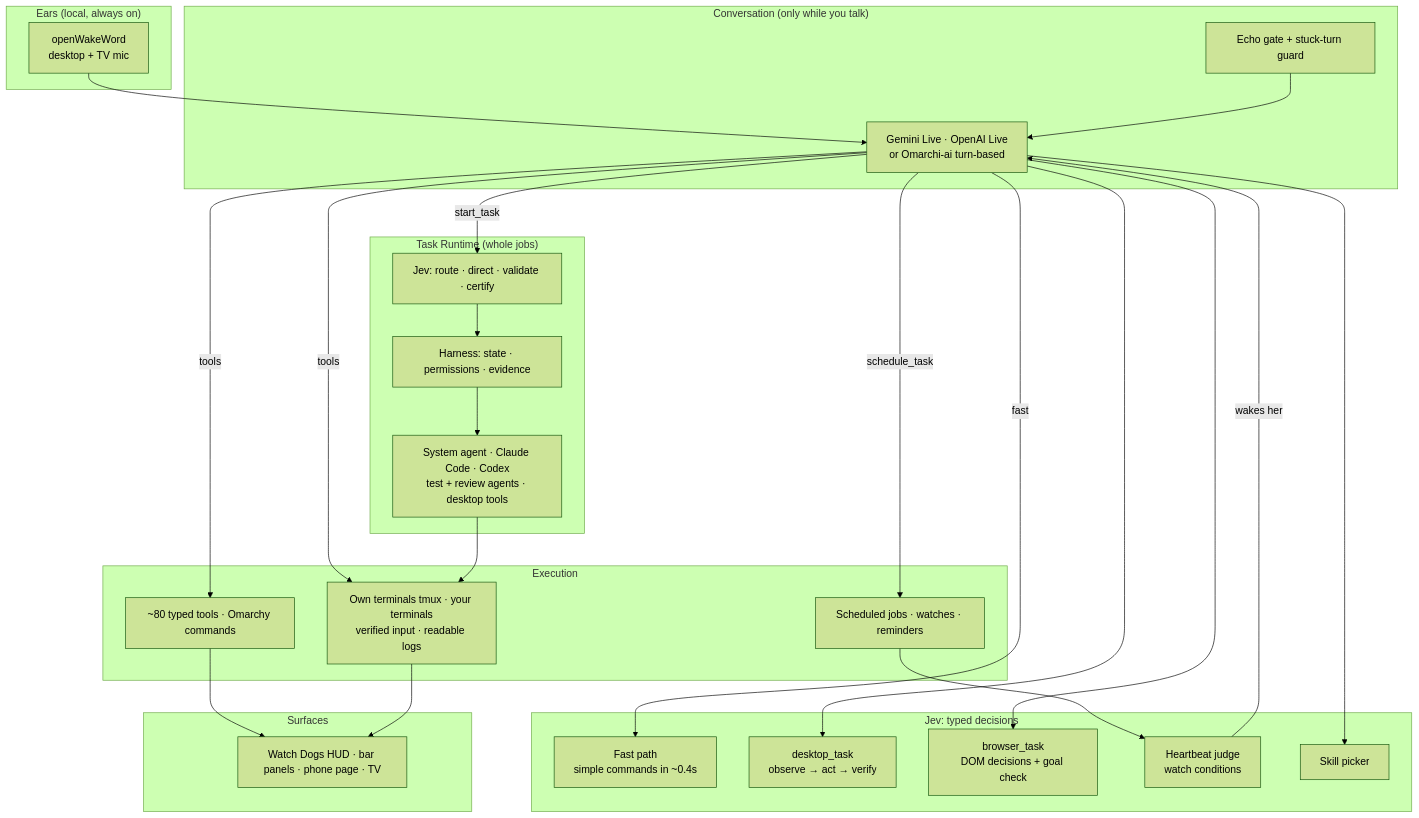
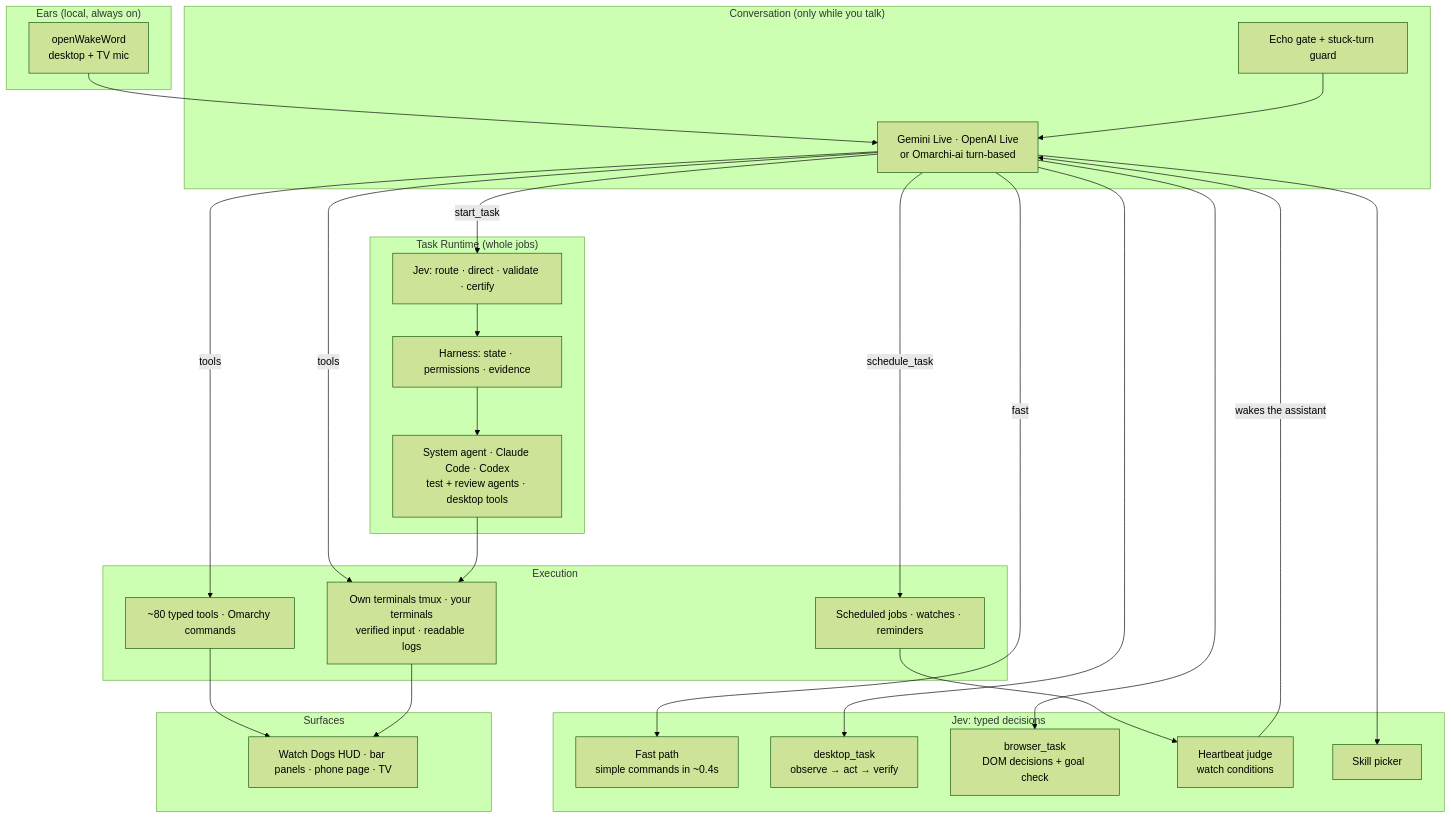
One commit to omribenami/Omarchy-AI changed the first of 2 diagrams in README.md. Above: the diagram before and after it, drawn with Mermaid (forest theme). The commit also changed other lines of this file, not shown here.

````diff
--- a/README.md
+++ b/README.md
@@ -136,41 +132,41 @@
 ```mermaid
 flowchart TB
     subgraph Ears["Ears (local, always on)"]
         W[openWakeWord<br/>desktop + TV mic]
     end
     subgraph Voice["Conversation (only while you talk)"]
         L[Gemini Live · OpenAI Live<br/>or Omarchi-ai turn-based]
         G[Echo gate + stuck-turn guard]
     end
     subgraph Jev["Jev: typed decisions"]
         F[Fast path<br/>simple commands in ~0.4s]
         D[desktop_task<br/>observe → act → verify]
         B[browser_task<br/>DOM decisions + goal check]
         H[Heartbeat judge<br/>watch conditions]
         S[Skill picker]
     end
     subgraph Runtime["Task Runtime (whole jobs)"]
         R[Jev: route · direct · validate · certify]
         X[Harness: state · permissions · evidence]
         E[System agent · Claude Code · Codex<br/>test + review agents · desktop tools]
     end
     subgraph Hands["Execution"]
         T[~80 typed tools · Omarchy commands]
         K[Own terminals tmux · your terminals<br/>verified input · readable logs]
         A[Scheduled jobs · watches · reminders]
     end
     subgraph Surfaces
         U[Watch Dogs HUD · bar panels · phone page · TV]
     end
     W --> L
     G --> L
     L -- tools --> T & K
     L -- fast --> F
     L --> D & B & S
     L -- start_task --> R
     R --> X --> E
     E --> K
     L -- schedule_task --> A
-    A --> H -- wakes her --> L
+    A --> H -- wakes the assistant --> L
     T & K --> U
 ```
````
